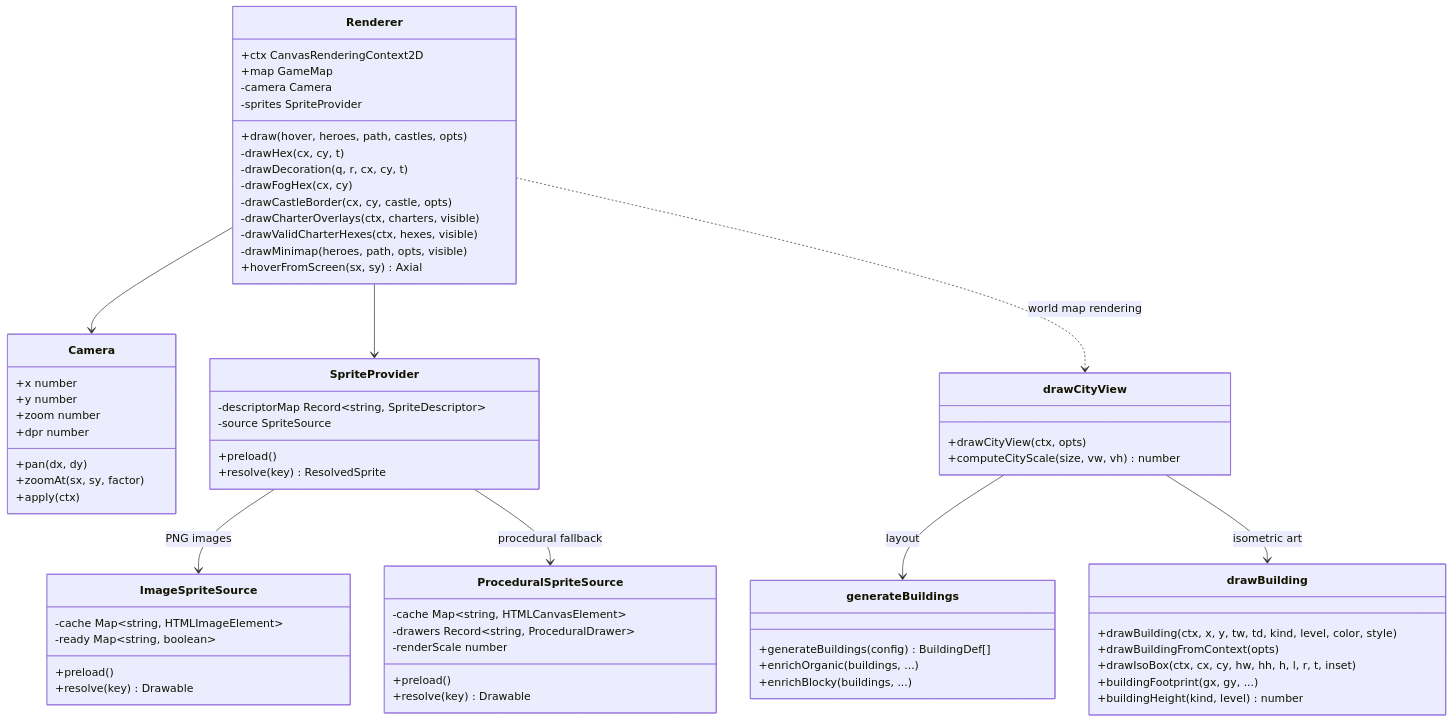
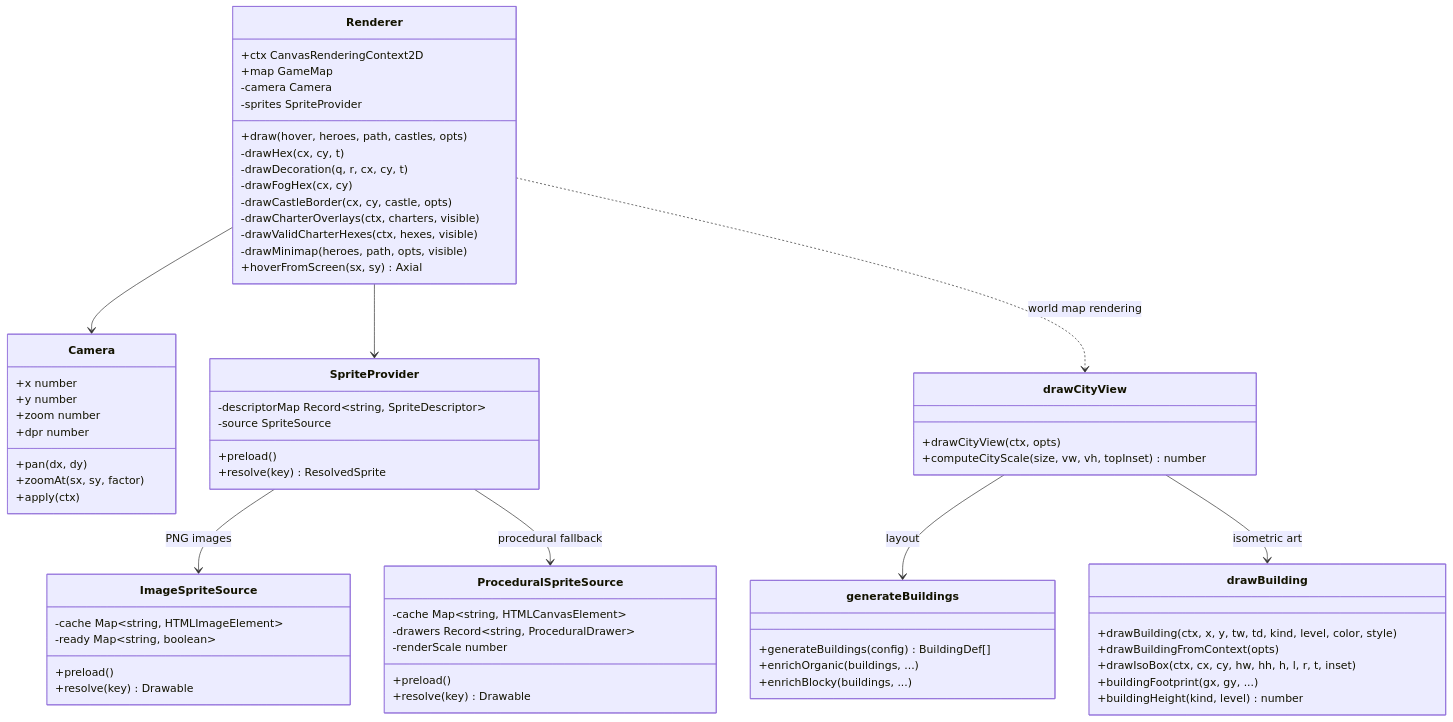
Before and after one commit to JLRoper/vigilant-palm-tree: the eighth of 8 diagrams in src/render/docs/technical-spec.md, drawn with Mermaid. The commit also changed other lines of this file and 8 other files, not shown here.

````diff
--- a/src/render/docs/technical-spec.md
+++ b/src/render/docs/technical-spec.md
@@ -876,77 +876,77 @@
 ```mermaid
 classDiagram
     class Renderer {
         +ctx CanvasRenderingContext2D
         +map GameMap
         -camera Camera
         -sprites SpriteProvider
         +draw(hover, heroes, path, castles, opts)
         -drawHex(cx, cy, t)
         -drawDecoration(q, r, cx, cy, t)
         -drawFogHex(cx, cy)
         -drawCastleBorder(cx, cy, castle, opts)
         -drawCharterOverlays(ctx, charters, visible)
         -drawValidCharterHexes(ctx, hexes, visible)
         -drawMinimap(heroes, path, opts, visible)
         +hoverFromScreen(sx, sy) Axial
     }
 
     class Camera {
         +x number
         +y number
         +zoom number
         +dpr number
         +pan(dx, dy)
         +zoomAt(sx, sy, factor)
         +apply(ctx)
     }
 
     class SpriteProvider {
         -descriptorMap Record~string, SpriteDescriptor~
         -source SpriteSource
         +preload()
         +resolve(key) ResolvedSprite
     }
 
     class ImageSpriteSource {
         -cache Map~string, HTMLImageElement~
         -ready Map~string, boolean~
         +preload()
         +resolve(key) Drawable
     }
 
     class ProceduralSpriteSource {
         -cache Map~string, HTMLCanvasElement~
         -drawers Record~string, ProceduralDrawer~
         -renderScale number
         +preload()
         +resolve(key) Drawable
     }
 
     class drawCityView {
         +drawCityView(ctx, opts)
-        +computeCityScale(size, vw, vh) number
+        +computeCityScale(size, vw, vh, topInset) number
     }
 
     class generateBuildings {
         +generateBuildings(config) BuildingDef[]
         +enrichOrganic(buildings, ...)
         +enrichBlocky(buildings, ...)
     }
 
     class drawBuilding {
         +drawBuilding(ctx, x, y, tw, td, kind, level, color, style)
         +drawBuildingFromContext(opts)
         +drawIsoBox(ctx, cx, cy, hw, hh, h, l, r, t, inset)
         +buildingFootprint(gx, gy, ...)
         +buildingHeight(kind, level) number
     }
 
     Renderer --> Camera
     Renderer --> SpriteProvider
     SpriteProvider --> ImageSpriteSource : PNG images
     SpriteProvider --> ProceduralSpriteSource : procedural fallback
     Renderer ..> drawCityView : world map rendering
     drawCityView --> generateBuildings : layout
     drawCityView --> drawBuilding : isometric art
 ```
````
